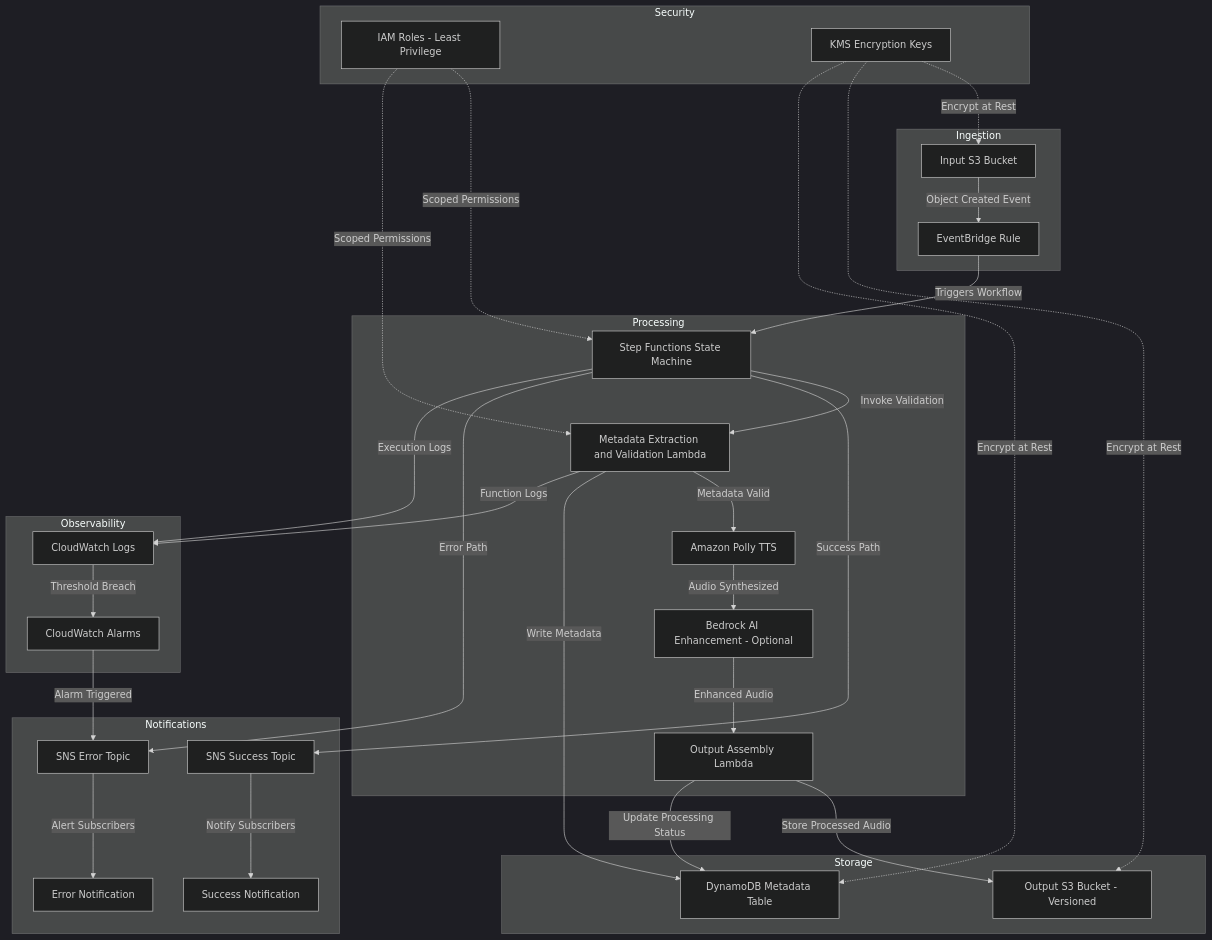
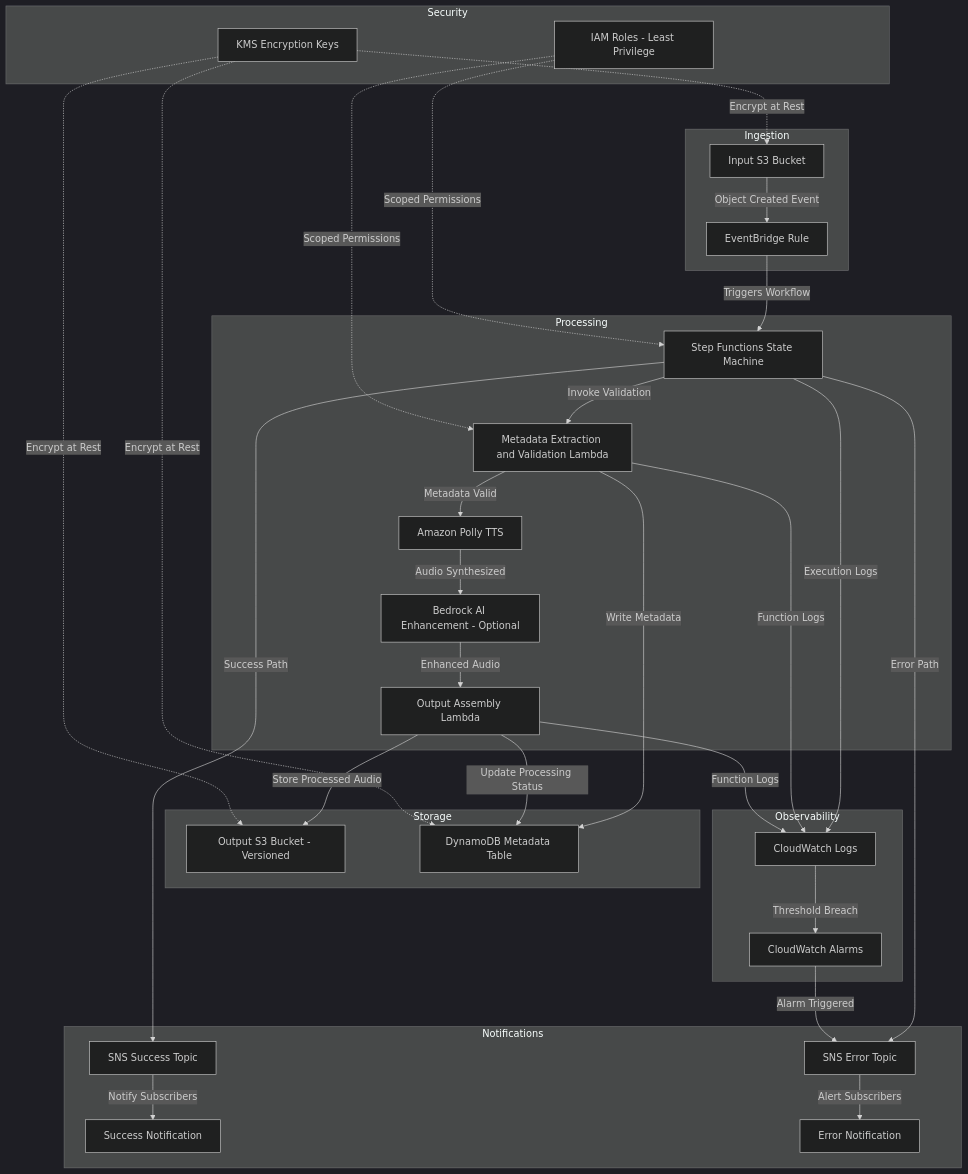
Before and after one commit to obstreperous-ai/cdk-sleep-csharp-kiro: the diagram in docs/ARCHITECTURE.md, drawn with Mermaid (dark theme). The commit also changed other lines of this file and 1 other file, not shown here.

First line of the commit message:
docs: address architecture review feedback

````diff
--- a/docs/ARCHITECTURE.md
+++ b/docs/ARCHITECTURE.md
@@ -13,42 +18,43 @@
 ```mermaid
 flowchart TD
     subgraph Ingestion
         A[Input S3 Bucket] -->|Object Created Event| B[EventBridge Rule]
     end
 
     subgraph Processing
         B -->|Triggers Workflow| C[Step Functions State Machine]
         C -->|Invoke Validation| D[Metadata Extraction and Validation Lambda]
         D -->|Metadata Valid| E[Amazon Polly TTS]
         E -->|Audio Synthesized| F[Bedrock AI Enhancement - Optional]
         F -->|Enhanced Audio| G[Output Assembly Lambda]
     end
 
     subgraph Storage
         G -->|Store Processed Audio| H[Output S3 Bucket - Versioned]
         D -->|Write Metadata| I[DynamoDB Metadata Table]
         G -->|Update Processing Status| I
     end
 
     subgraph Notifications
         C -->|Success Path| J[SNS Success Topic]
         C -->|Error Path| K[SNS Error Topic]
         J -->|Notify Subscribers| L[Success Notification]
         K -->|Alert Subscribers| M[Error Notification]
     end
 
     subgraph Observability
         C -->|Execution Logs| N[CloudWatch Logs]
         D -->|Function Logs| N
+        G -->|Function Logs| N
         N -->|Threshold Breach| O[CloudWatch Alarms]
         O -->|Alarm Triggered| K
     end
 
     subgraph Security
         P[IAM Roles - Least Privilege] -.->|Scoped Permissions| C
         P -.->|Scoped Permissions| D
         Q[KMS Encryption Keys] -.->|Encrypt at Rest| A
         Q -.->|Encrypt at Rest| H
         Q -.->|Encrypt at Rest| I
     end
 ```
````
